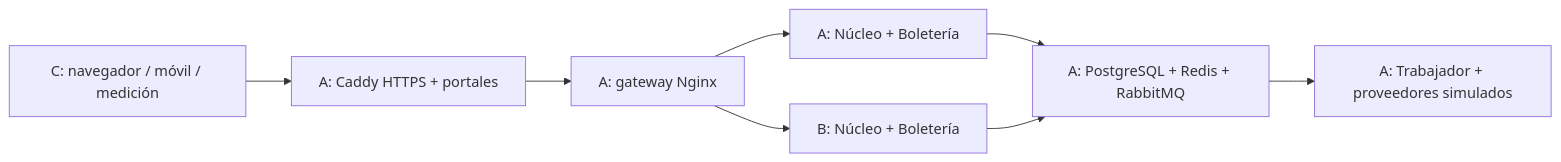
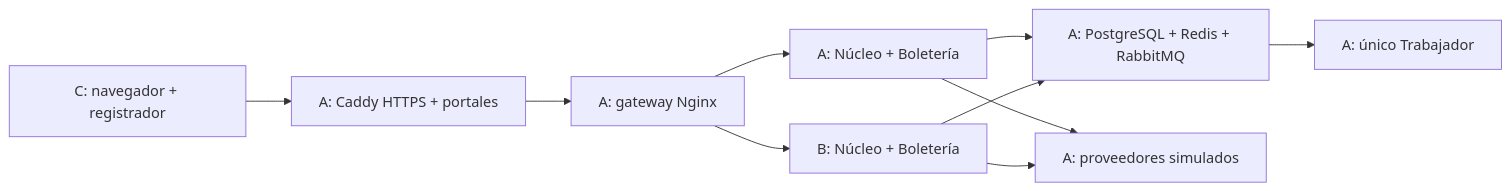
Before and after one commit to Emperador24/HEXACORE: the diagram in Documentation/Work/PLAN-DEMO-ZEROTIER.md, drawn with Mermaid. The commit also changed other lines of this file and 1 other file, not shown here.

````diff
--- a/Documentation/Work/PLAN-DEMO-ZEROTIER.md
+++ b/Documentation/Work/PLAN-DEMO-ZEROTIER.md
@@ -21,10 +24,12 @@
 ```mermaid
 flowchart LR
-  C["C: navegador / móvil / medición"] --> TLS["A: Caddy HTTPS + portales"]
+  C["C: navegador + registrador"] --> TLS["A: Caddy HTTPS + portales"]
   TLS --> G["A: gateway Nginx"]
   G --> AA["A: Núcleo + Boletería"]
   G --> BB["B: Núcleo + Boletería"]
   AA --> D["A: PostgreSQL + Redis + RabbitMQ"]
   BB --> D
-  D --> T["A: Trabajador + proveedores simulados"]
+  AA --> P["A: proveedores simulados"]
+  BB --> P
+  D --> T["A: único Trabajador"]
 ```
````
